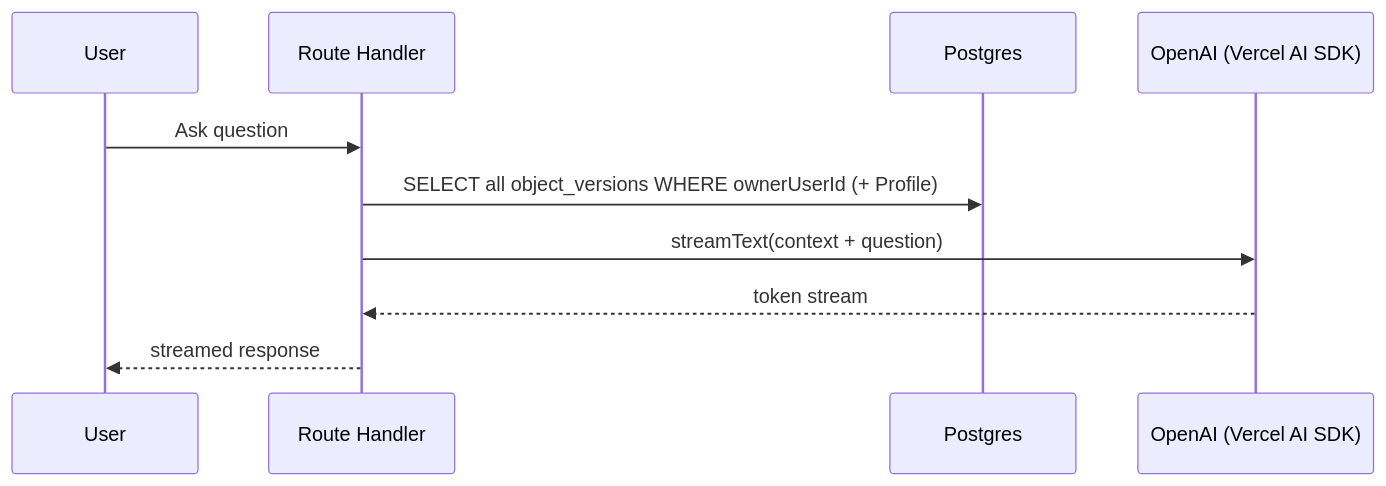
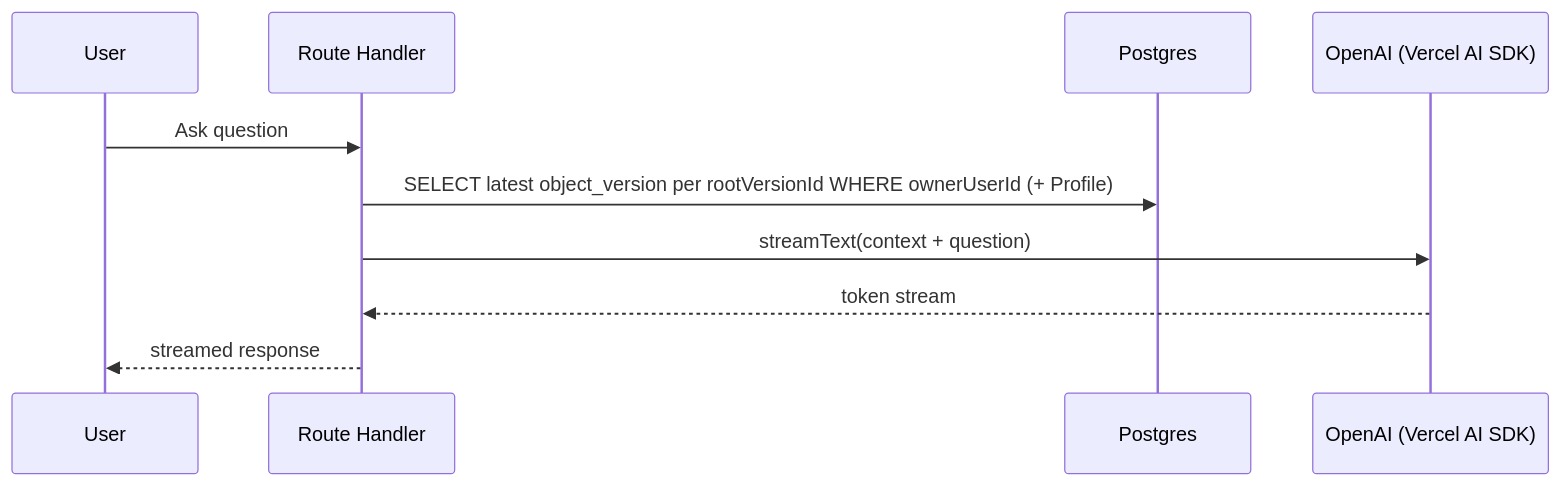
One commit to NiceKim/career-profile changed the fourth of 5 diagrams in docs/superpowers/specs/2026-08-16-resume-version-control-design.md. Above: the diagram before and after it, drawn with Mermaid. The commit also changed other lines of this file and 2 other files, not shown here.

````diff
--- a/docs/superpowers/specs/2026-08-16-resume-version-control-design.md
+++ b/docs/superpowers/specs/2026-08-16-resume-version-control-design.md
@@ -147,13 +152,13 @@
 ```mermaid
 sequenceDiagram
     participant U as User
     participant App as Route Handler
     participant DB as Postgres
     participant AI as OpenAI (Vercel AI SDK)
 
     U->>App: Ask question
-    App->>DB: SELECT all object_versions WHERE ownerUserId (+ Profile)
+    App->>DB: SELECT latest object_version per rootVersionId WHERE ownerUserId (+ Profile)
     App->>AI: streamText(context + question)
     AI-->>App: token stream
     App-->>U: streamed response
 ```
````
